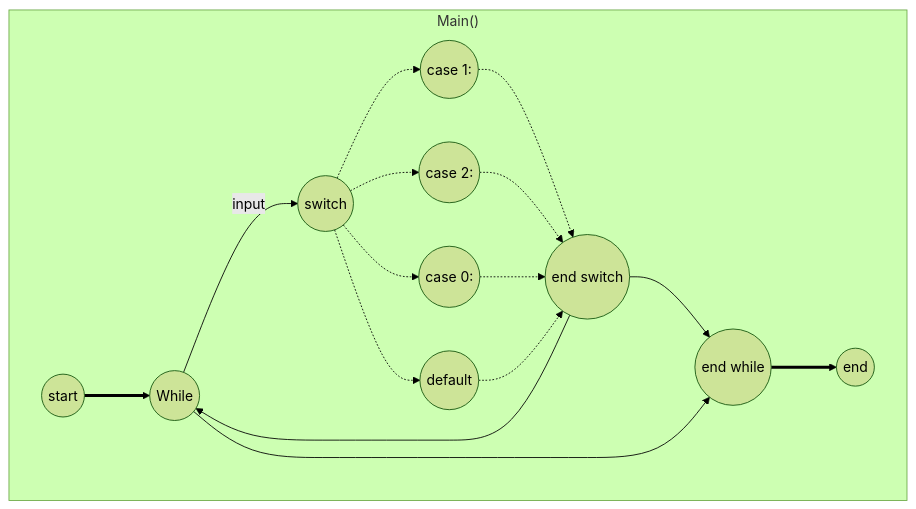
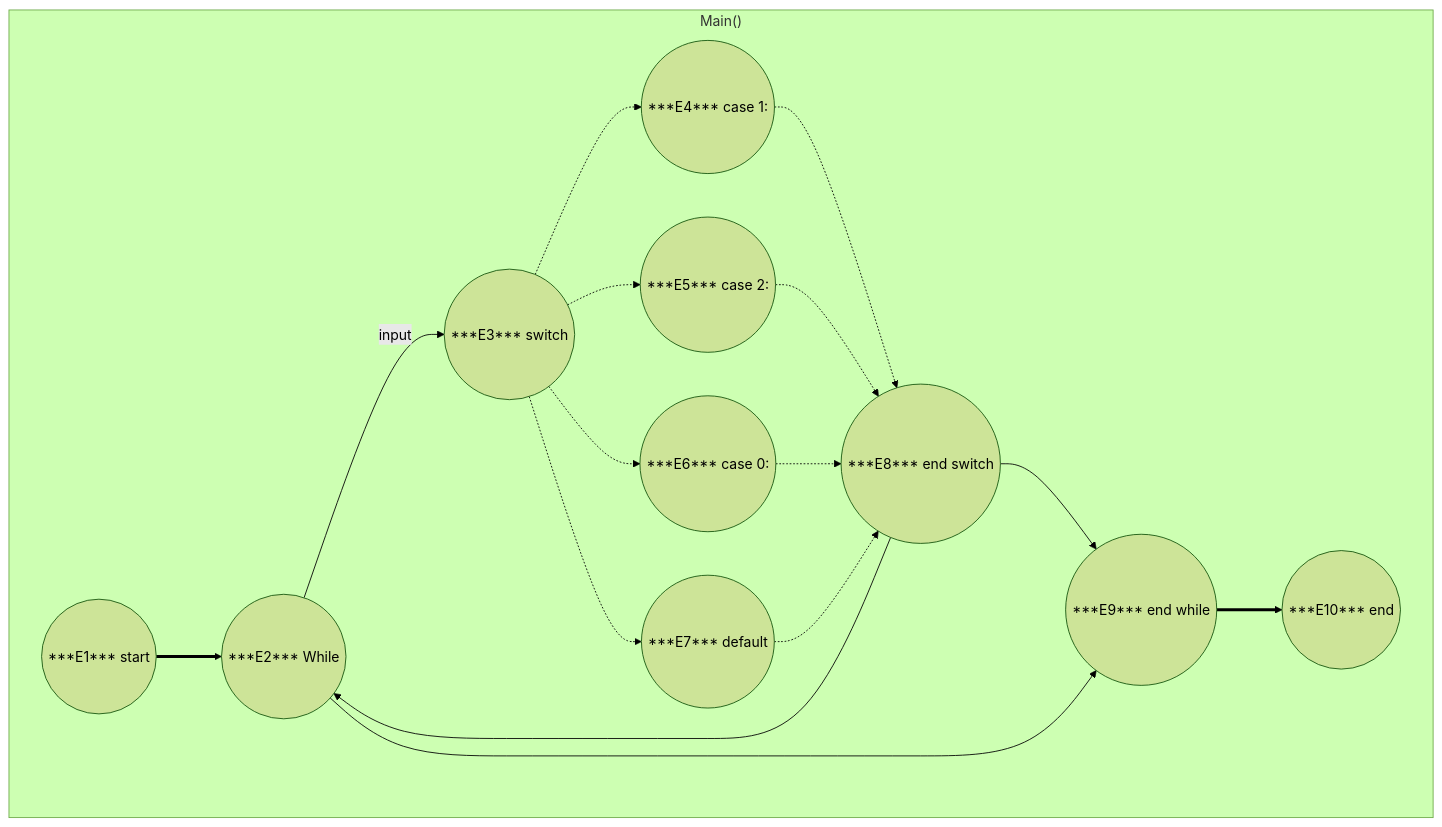
One commit to AlbelNox/EAN-Progamm changed the fifth of 8 diagrams in Walkthrough.md. Above: the diagram before and after it, drawn with Mermaid (forest theme). The commit also changed other lines of this file, not shown here.

First line of the commit message:
Amend Controll flow graphs with identifikators per field

````diff
--- a/Walkthrough.md
+++ b/Walkthrough.md
@@ -164,19 +164,19 @@
 ```mermaid
 graph TD
 subgraph "Main()"
-A((start)) ==> B((While))
-B -->|input| C((switch))
-C -.-> D((case 1:))
-C -.-> E((case 2:))
-C -.-> F((case 0:))
-C -.-> G((default))
-D -.-> H((end switch))
+A((***E1*** start)) ==> B((***E2*** While))
+B -->|input| C((***E3*** switch))
+C -.-> D((***E4*** case 1:))
+C -.-> E((***E5*** case 2:))
+C -.-> F((***E6*** case 0:))
+C -.-> G((***E7*** default))
+D -.-> H((***E8*** end switch))
 E -.-> H
 F -.-> H
 G -.-> H
-H --> I((end while))
+H --> I((***E9*** end while))
 B --> I
 H --> B
-I ==> J((end))
+I ==> J((***E10*** end))
 end
 ```
````
